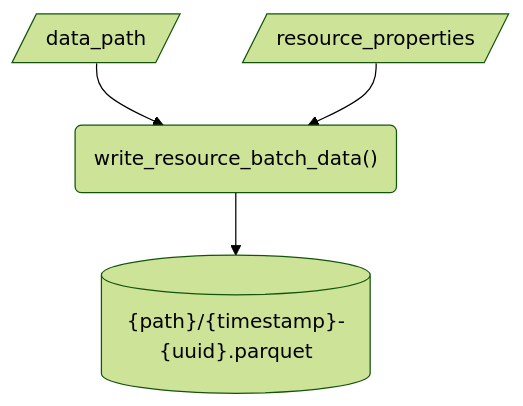
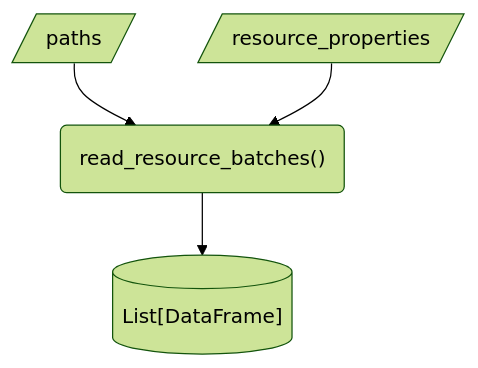
The sixth of 16 diagrams in docs/design/interface/functions.qmd (signekb/seedcase-sprout), drawn with Mermaid (forest theme) before and after one commit. The commit also changed other lines of this file and 1 other file, not shown here.

First line of the commit message:
docs: :building_construction: update resource interface design from flow (#1166)

````diff
--- a/docs/design/interface/functions.qmd
+++ b/docs/design/interface/functions.qmd
@@ -139,10 +144,10 @@
 ```{mermaid}
 flowchart
-    in_data_path[/data_path/]
+    in_path[/paths/]
     in_properties[/resource_properties/]
-    function("write_resource_batch_data()")
-    out[("{path}/{timestamp}-{uuid}.parquet")]
-    in_data_path --> function
+    function("read_resource_batches()")
+    out[("List[DataFrame]")]
+    in_path --> function
     in_properties --> function
     function --> out
 ```
````
